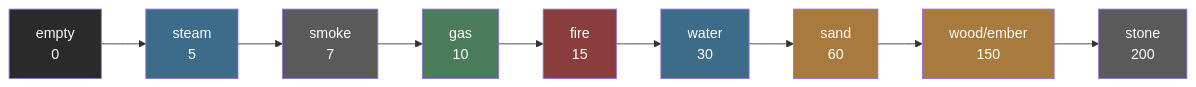
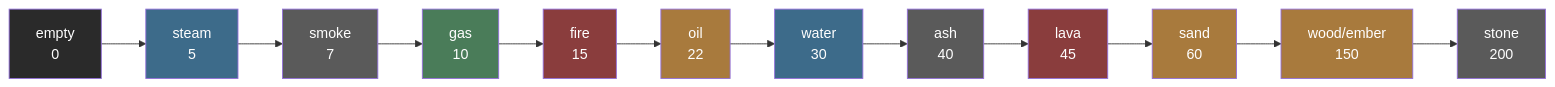
Before and after one commit to jose-villegas/esp32-c6-dev: the third of 7 diagrams in docs/Sand/Adding-a-Material.md, drawn with Mermaid. The commit also changed other lines of this file and 7 other files, not shown here.

First line of the commit message:
Add oil, lava and ash

````diff
--- a/docs/Sand/Adding-a-Material.md
+++ b/docs/Sand/Adding-a-Material.md
@@ -197,14 +197,17 @@
 ```mermaid
 flowchart LR
-    E["empty\n0"] --> S["steam\n5"] --> K["smoke\n7"] --> G["gas\n10"] --> F["fire\n15"] --> W["water\n30"] --> A["sand\n60"] --> D["wood/ember\n150"] --> T["stone\n200"]
+    E["empty\n0"] --> S["steam\n5"] --> K["smoke\n7"] --> G["gas\n10"] --> F["fire\n15"] --> X["oil\n22"] --> W["water\n30"] --> AS["ash\n40"] --> LV["lava\n45"] --> A["sand\n60"] --> D["wood/ember\n150"] --> T["stone\n200"]
 
     style E fill:#2a2a2a,color:#fff
     style S fill:#3d6b8a,color:#fff
     style K fill:#5a5a5a,color:#fff
     style G fill:#4a7c59,color:#fff
     style F fill:#8a3d3d,color:#fff
     style W fill:#3d6b8a,color:#fff
     style A fill:#a87a3d,color:#fff
     style D fill:#a87a3d,color:#fff
     style T fill:#5a5a5a,color:#fff
+    style X fill:#a87a3d,color:#fff
+    style AS fill:#5a5a5a,color:#fff
+    style LV fill:#8a3d3d,color:#fff
 ```
````
